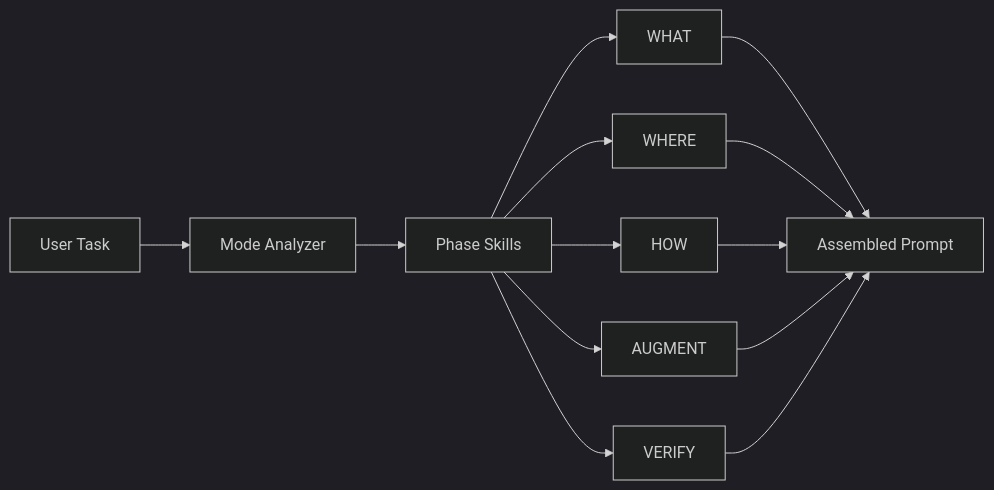
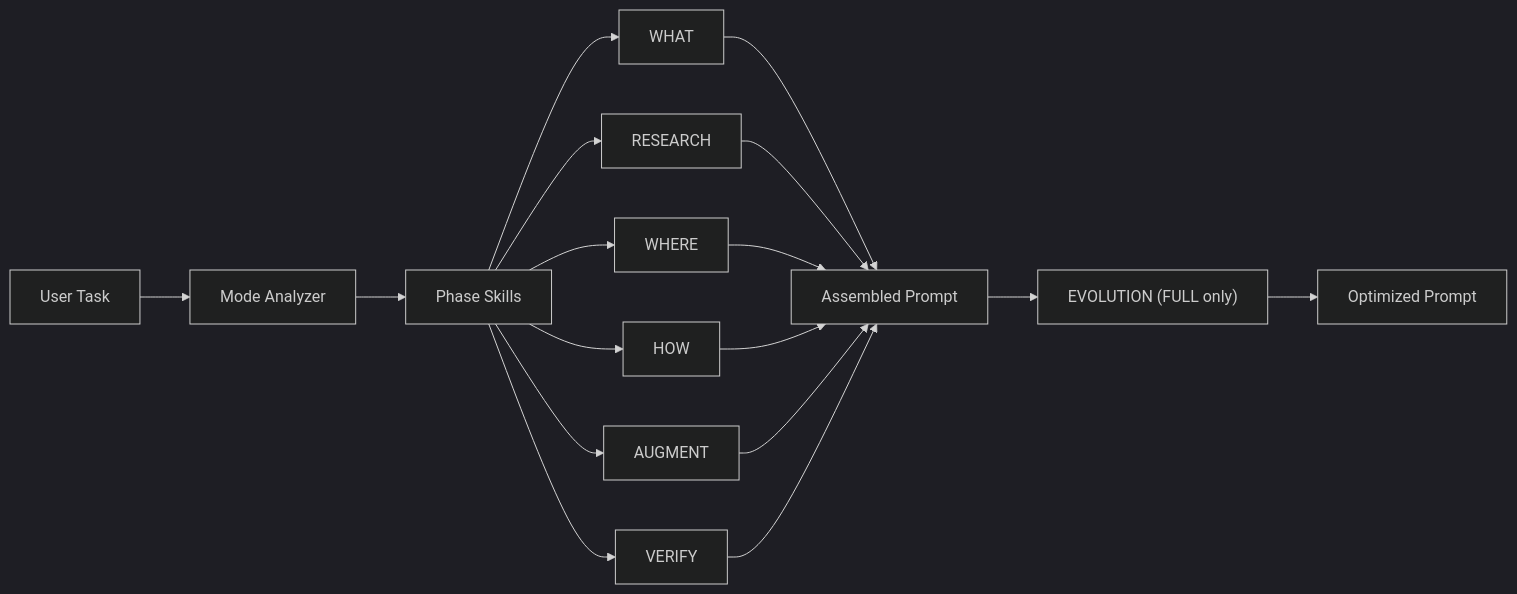
The diagram in README.md (fra00/2WHAV), drawn with Mermaid (dark theme) before and after one commit. The commit also changed other lines of this file and 5 other files, not shown here.

First line of the commit message:
feat✨: add evolutionary prompt refinement to FULL mode

````diff
--- a/README.md
+++ b/README.md
@@ -74,15 +76,19 @@
 ```mermaid
 graph LR
     A["User Task"] --> B["Mode Analyzer"]
     B --> C["Phase Skills"]
     C --> D["WHAT"]
-    C --> E["WHERE"]
-    C --> F["HOW"]
-    C --> G["AUGMENT"]
-    C --> H["VERIFY"]
-    D --> I["Assembled Prompt"]
-    E --> I
-    F --> I
-    G --> I
-    H --> I
+    C --> E["RESEARCH"]
+    C --> F["WHERE"]
+    C --> G["HOW"]
+    C --> H["AUGMENT"]
+    C --> I["VERIFY"]
+    D --> J["Assembled Prompt"]
+    E --> J
+    F --> J
+    G --> J
+    H --> J
+    I --> J
+    J --> K["EVOLUTION (FULL only)"]
+    K --> L["Optimized Prompt"]
 ```
````
